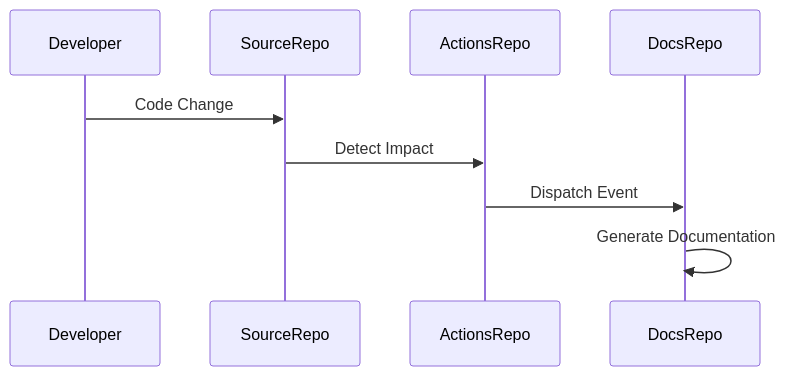
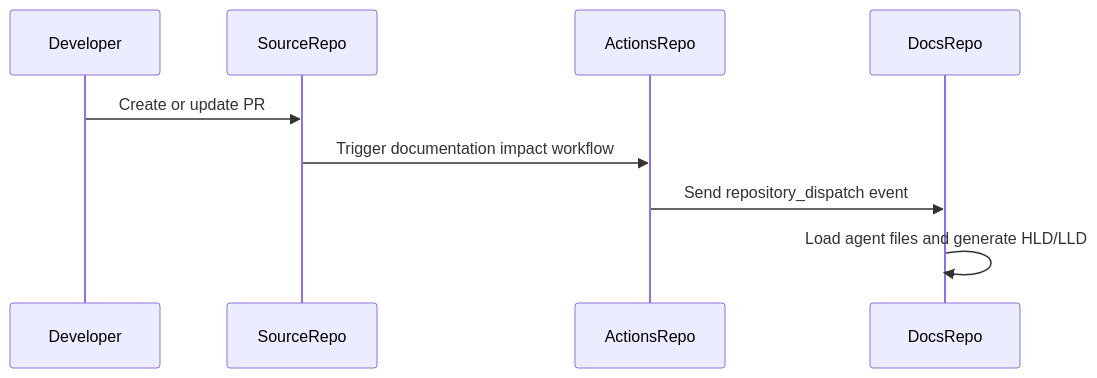
The second of 2 diagrams in docs/02-Architecture-and-Designs/02-Low-Level-Designs/greenfield-network-lld.md (jijeeshlab/doc-as-code), drawn with Mermaid before and after one commit. The commit also changed other lines of this file and 1 other file, not shown here.

Commit message:
Generate documentation using agents

````diff
--- a/docs/02-Architecture-and-Designs/02-Low-Level-Designs/greenfield-network-lld.md
+++ b/docs/02-Architecture-and-Designs/02-Low-Level-Designs/greenfield-network-lld.md
@@ -35,12 +55,11 @@
 ```mermaid
 sequenceDiagram
     participant Developer
     participant SourceRepo
     participant ActionsRepo
     participant DocsRepo
-
-    Developer->>SourceRepo: Code Change
-    SourceRepo->>ActionsRepo: Detect Impact
-    ActionsRepo->>DocsRepo: Dispatch Event
-    DocsRepo->>DocsRepo: Generate Documentation
+    Developer->>SourceRepo: Create or update PR
+    SourceRepo->>ActionsRepo: Trigger documentation impact workflow
+    ActionsRepo->>DocsRepo: Send repository_dispatch event
+    DocsRepo->>DocsRepo: Load agent files and generate HLD/LLD
 ```
````
